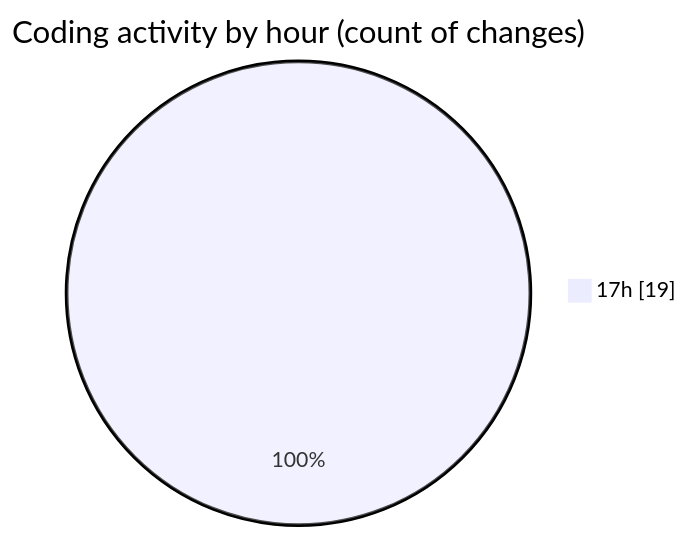
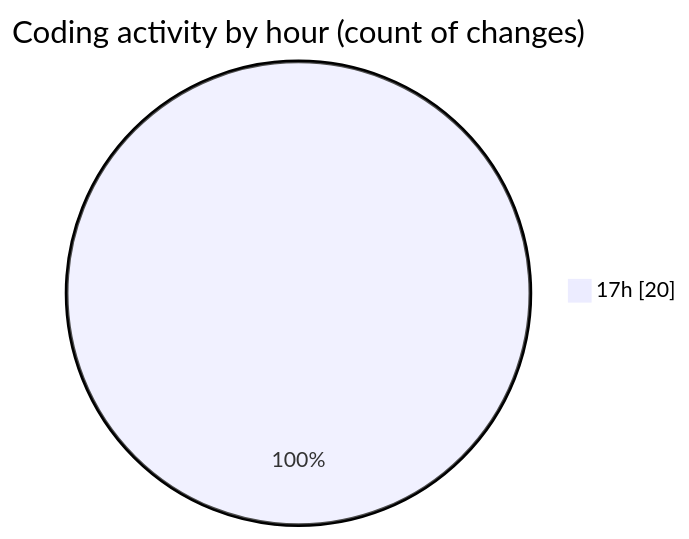
One commit to nxtqubesakshisongat/code-tracking changed the second of 2 diagrams in 2025-07-19/nxtqube_webapp/README.md. Above: the diagram before and after it, drawn with Mermaid. The commit also changed other lines of this file and 1 other file, not shown here.

````diff
--- a/2025-07-19/nxtqube_webapp/README.md
+++ b/2025-07-19/nxtqube_webapp/README.md
@@ -37,5 +37,5 @@
 ```mermaid
 pie showData
 title Coding activity by hour (count of changes)
-"17h" : 19
+"17h" : 20
 ```
````
